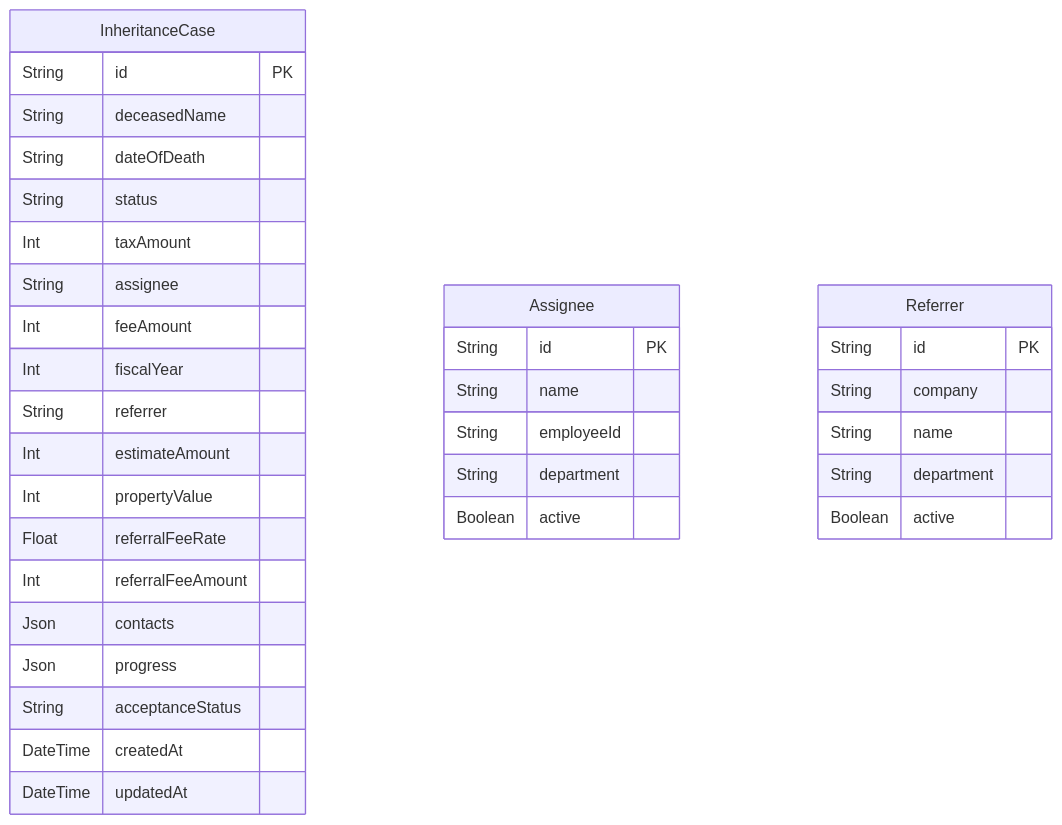
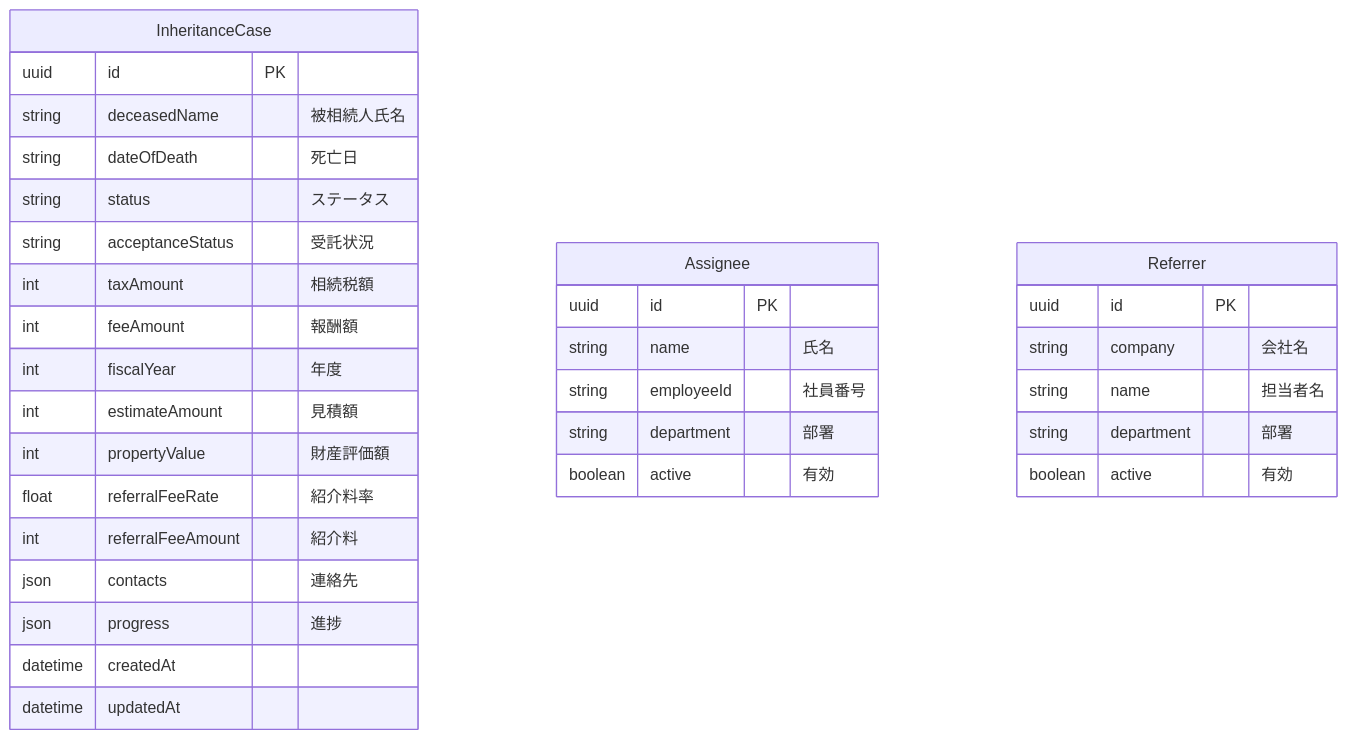
Before and after one commit to kojima1978/tax_apps: the diagram in apps/inheritance-case-management/README.md, drawn with Mermaid. The commit also changed other lines of this file and 144 other files, not shown here.

````diff
--- a/apps/inheritance-case-management/README.md
+++ b/apps/inheritance-case-management/README.md
@@ -41,39 +91,37 @@
 ```mermaid
 erDiagram
     InheritanceCase {
-        String id PK
-        String deceasedName
-        String dateOfDeath
-        String status
-        Int taxAmount
-        String assignee
-        Int feeAmount
-        Int fiscalYear
-        String referrer
-        Int estimateAmount
-        Int propertyValue
-        Float referralFeeRate
-        Int referralFeeAmount
-        Json contacts
-        Json progress
-        String acceptanceStatus
-        DateTime createdAt
-        DateTime updatedAt
+        uuid id PK
+        string deceasedName "被相続人氏名"
+        string dateOfDeath "死亡日"
+        string status "ステータス"
+        string acceptanceStatus "受託状況"
+        int taxAmount "相続税額"
+        int feeAmount "報酬額"
+        int fiscalYear "年度"
+        int estimateAmount "見積額"
+        int propertyValue "財産評価額"
+        float referralFeeRate "紹介料率"
+        int referralFeeAmount "紹介料"
+        json contacts "連絡先"
+        json progress "進捗"
+        datetime createdAt
+        datetime updatedAt
     }
 
     Assignee {
-        String id PK
-        String name
-        String employeeId
-        String department
-        Boolean active
+        uuid id PK
+        string name "氏名"
+        string employeeId "社員番号"
+        string department "部署"
+        boolean active "有効"
     }
 
     Referrer {
-        String id PK
-        String company
-        String name
-        String department
-        Boolean active
+        uuid id PK
+        string company "会社名"
+        string name "担当者名"
+        string department "部署"
+        boolean active "有効"
     }
 ```
````
